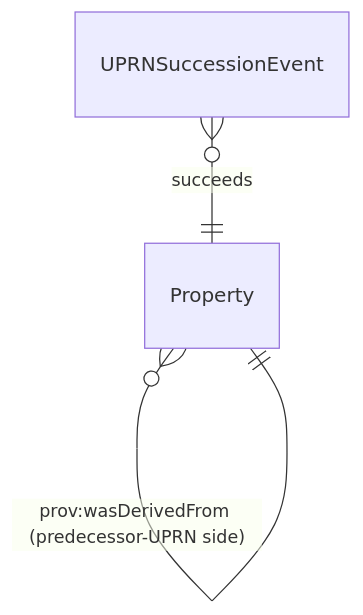
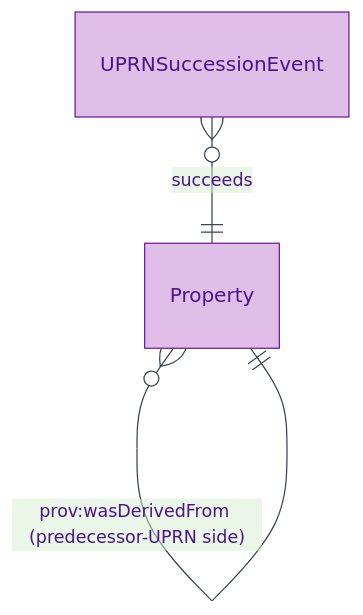
Before and after one commit to sparkling/opda: the diagram in docs/manual/logical/property/uprn-succession-event.md, drawn with Mermaid. The commit also changed other lines of this file and 179 other files, not shown here.

First line of the commit message:
docs(manual): Logical-tier diagram expansion via /diagramming skill

````diff
--- a/docs/manual/logical/property/uprn-succession-event.md
+++ b/docs/manual/logical/property/uprn-succession-event.md
@@ -30,5 +35,9 @@
 ```mermaid
+%%{init: {"theme": "base", "themeVariables": {"primaryColor": "#E1BEE7", "primaryTextColor": "#4A148C", "primaryBorderColor": "#6A1B9A", "lineColor": "#37474F"}}}%%
 erDiagram
+    accTitle: UPRNSuccessionEvent — Entity-Relationship Diagram
+    accDescr: Direct-neighbour view of UPRNSuccessionEvent — reified administrative UPRN re-numbering activity referencing the affected Property and the PROV-O wasDerivedFrom predecessor link.
+
     UPRNSuccessionEvent }o--|| Property : "succeeds"
     Property }o--|| Property : "prov:wasDerivedFrom (predecessor-UPRN side)"
 ```
````
